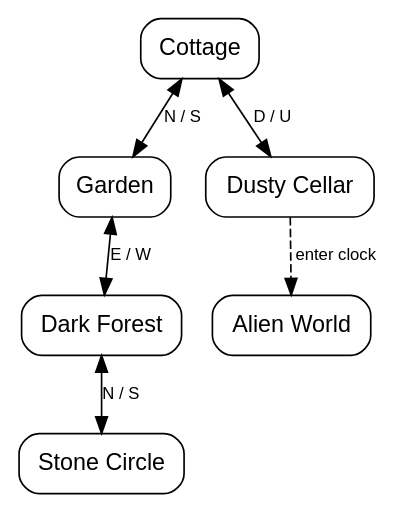
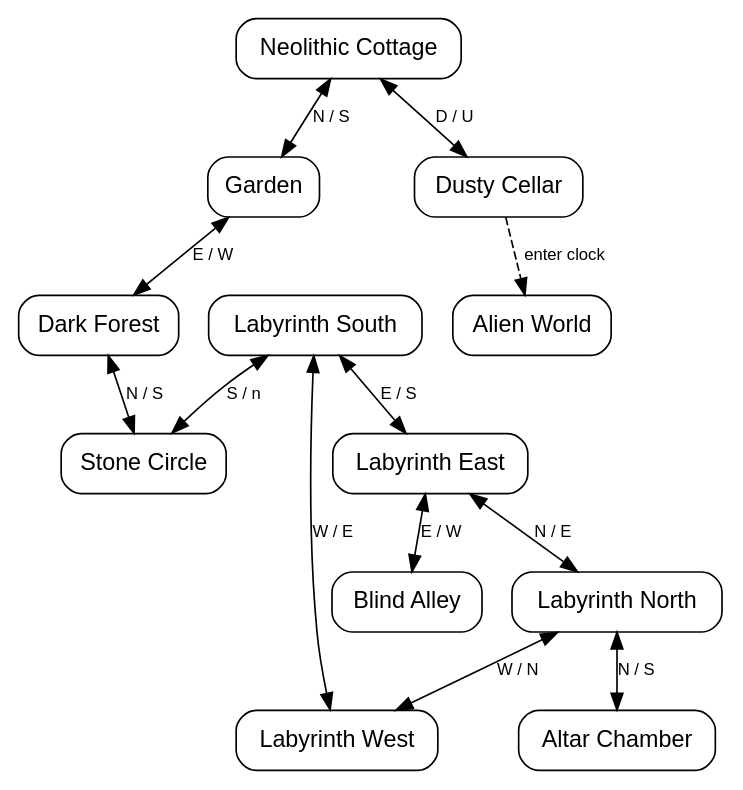
The diagram in INFORM_MAP_TOOL.md (dagfinndybvig/inform), drawn with Graphviz before and after one commit. The commit also changed other lines of this file and 5 other files, not shown here.

First line of the commit message:
Add labyrinth of standing stones around the altar in Stone Circle

````diff
--- a/INFORM_MAP_TOOL.md
+++ b/INFORM_MAP_TOOL.md
@@ -106,20 +106,33 @@
 ```dot
 digraph game_map {
     rankdir=TB;
     node [shape=box, style=rounded, fontname="Helvetica"];
     edge [fontname="Helvetica", fontsize=10];
 
-    Cottage [label="Cottage"];
+    Cottage [label="Neolithic Cottage"];
     Garden [label="Garden"];
     Forest [label="Dark Forest"];
     StoneCircle [label="Stone Circle"];
+    LabyrinthSouth [label="Labyrinth South"];
+    LabyrinthEast [label="Labyrinth East"];
+    LabyrinthBlind [label="Blind Alley"];
+    LabyrinthNorth [label="Labyrinth North"];
+    LabyrinthWest [label="Labyrinth West"];
+    AltarChamber [label="Altar Chamber"];
     Cellar [label="Dusty Cellar"];
     AlienWorld [label="Alien World"];
 
     Cottage -> Garden [label="N / S", dir=both, style=solid];
     Cottage -> Cellar [label="D / U", dir=both, style=solid];
     Garden -> Forest [label="E / W", dir=both, style=solid];
     Forest -> StoneCircle [label="N / S", dir=both, style=solid];
+    LabyrinthSouth -> StoneCircle [label="S / n", dir=both, style=solid];
+    LabyrinthSouth -> LabyrinthEast [label="E / S", dir=both, style=solid];
+    LabyrinthSouth -> LabyrinthWest [label="W / E", dir=both, style=solid];
+    LabyrinthEast -> LabyrinthNorth [label="N / E", dir=both, style=solid];
+    LabyrinthEast -> LabyrinthBlind [label="E / W", dir=both, style=solid];
+    LabyrinthNorth -> AltarChamber [label="N / S", dir=both, style=solid];
+    LabyrinthNorth -> LabyrinthWest [label="W / N", dir=both, style=solid];
     Cellar -> AlienWorld [label="enter clock", style=dashed];
 }
 ```
````
